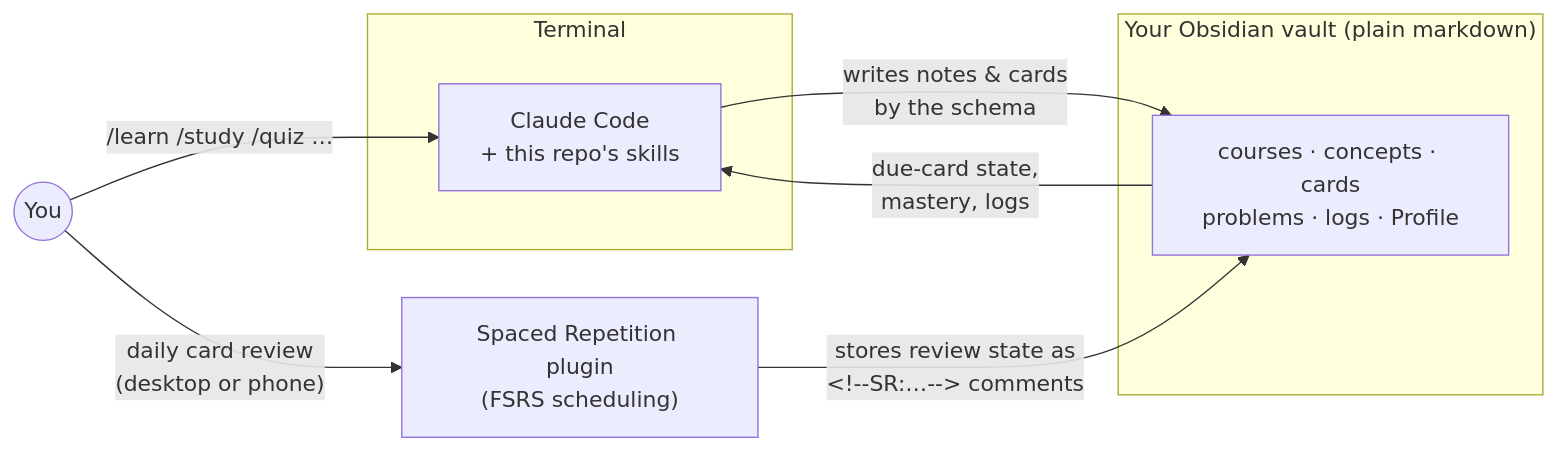
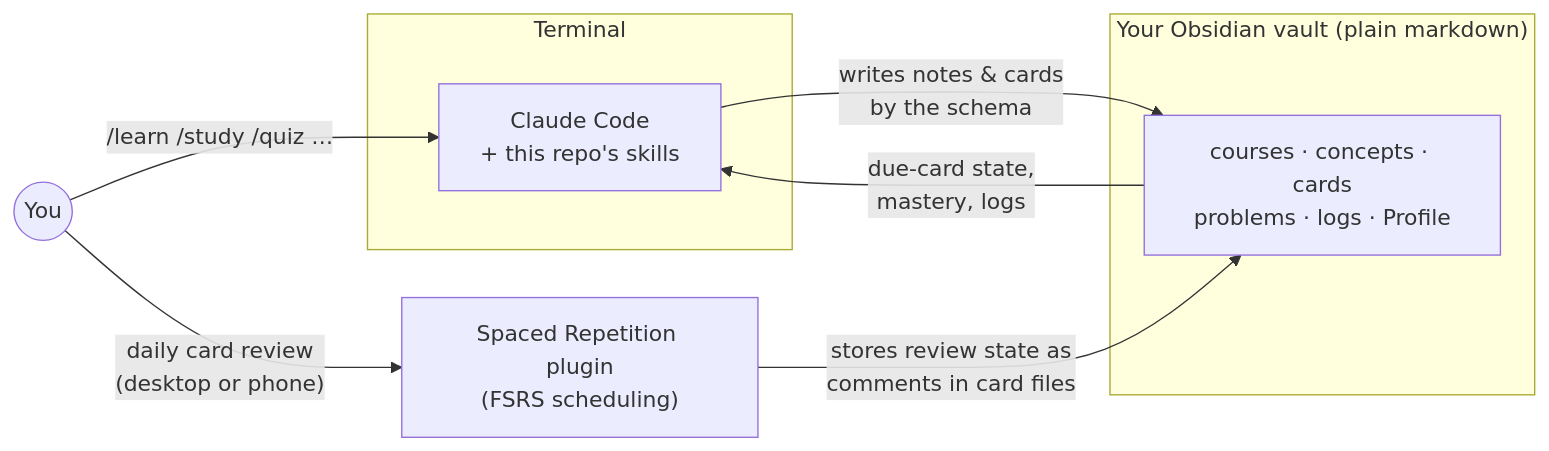
Before and after one commit to TimCodes04/second-brain: the diagram in README.md, drawn with Mermaid. The commit also changed other lines of this file and 1 other file, not shown here.

````diff
--- a/README.md
+++ b/README.md
@@ -57,15 +57,15 @@
 ```mermaid
 flowchart LR
     subgraph Terminal
         CC["Claude Code<br/>+ this repo's skills"]
     end
     subgraph Vault["Your Obsidian vault (plain markdown)"]
         N["courses · concepts · cards<br/>problems · logs · Profile"]
     end
     SR["Spaced Repetition plugin<br/>(FSRS scheduling)"]
     CC -- "writes notes & cards<br/>by the schema" --> N
     N -- "due-card state,<br/>mastery, logs" --> CC
-    SR -- "stores review state as<br/>&lt;!--SR:…--&gt; comments" --> N
+    SR -- "stores review state as<br/>comments in card files" --> N
     You((You)) -- "/learn /study /quiz …" --> CC
     You -- "daily card review<br/>(desktop or phone)" --> SR
 ```
````
